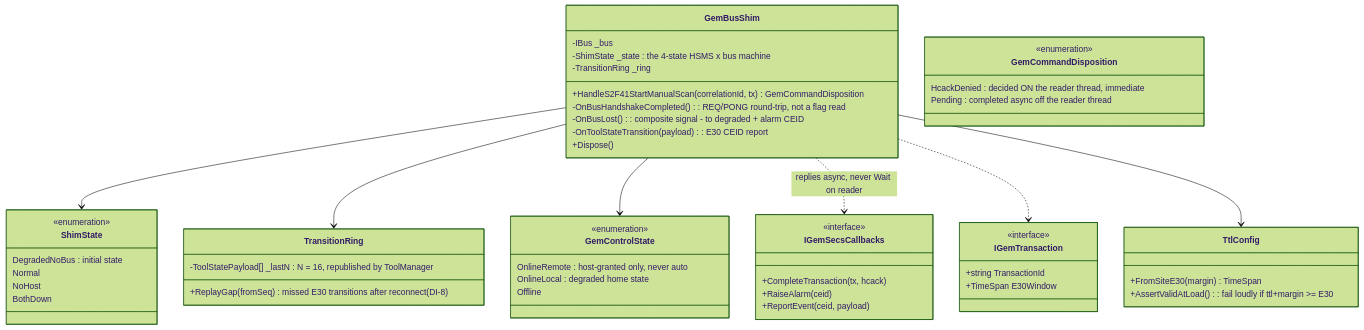
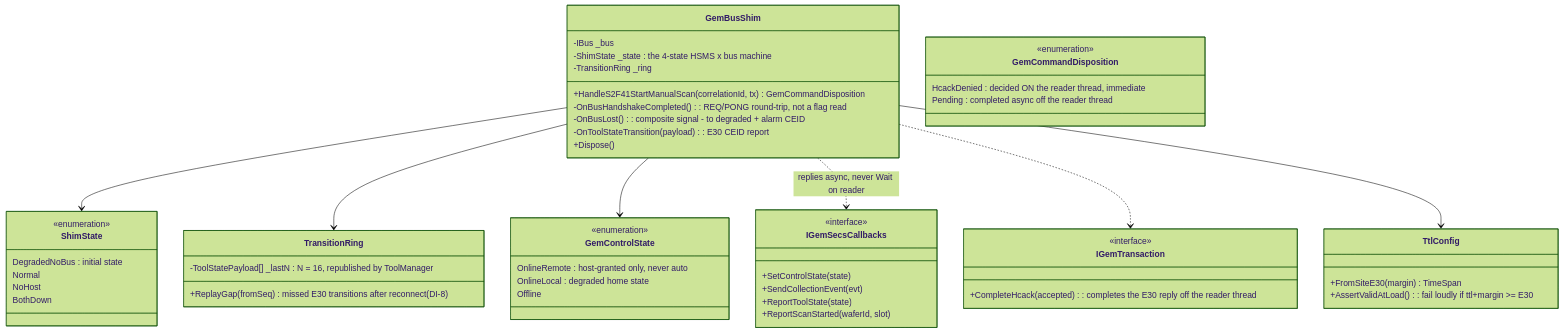
Before and after one commit to amitA-camtek/bus_gateway: diagram 13 of 15 in stage/01-system-architecture.md, drawn with Mermaid (forest theme). The commit also changed other lines of this file and 20 other files, not shown here.

````diff
--- a/stage/01-system-architecture.md
+++ b/stage/01-system-architecture.md
@@ -340,57 +342,57 @@
 ```mermaid
 classDiagram
     class GemBusShim {
         -IBus _bus
         -ShimState _state : the 4-state HSMS x bus machine
         -TransitionRing _ring
         +HandleS2F41StartManualScan(correlationId, tx) GemCommandDisposition
         -OnBusHandshakeCompleted() : REQ/PONG round-trip, not a flag read
         -OnBusLost() : composite signal - to degraded + alarm CEID
         -OnToolStateTransition(payload) : E30 CEID report
         +Dispose()
     }
     class ShimState {
         <<enumeration>>
         DegradedNoBus : initial state
         Normal
         NoHost
         BothDown
     }
     class TransitionRing {
         -ToolStatePayload[] _lastN : N = 16, republished by ToolManager
         +ReplayGap(fromSeq) : missed E30 transitions after reconnect (DI-8)
     }
     class GemCommandDisposition {
         <<enumeration>>
         HcackDenied : decided ON the reader thread, immediate
         Pending : completed async off the reader thread
     }
     class GemControlState {
         <<enumeration>>
         OnlineRemote : host-granted only, never auto
         OnlineLocal : degraded home state
         Offline
     }
     class IGemSecsCallbacks {
         <<interface>>
-        +CompleteTransaction(tx, hcack)
-        +RaiseAlarm(ceid)
-        +ReportEvent(ceid, payload)
+        +SetControlState(state)
+        +SendCollectionEvent(evt)
+        +ReportToolState(state)
+        +ReportScanStarted(waferId, slot)
     }
     class IGemTransaction {
         <<interface>>
-        +string TransactionId
-        +TimeSpan E30Window
+        +CompleteHcack(accepted) : completes the E30 reply off the reader thread
     }
     class TtlConfig {
         +FromSiteE30(margin) TimeSpan
         +AssertValidAtLoad() : fail loudly if ttl+margin >= E30
     }
 
     GemBusShim --> ShimState
     GemBusShim --> TransitionRing
     GemBusShim --> GemControlState
     GemBusShim ..> IGemSecsCallbacks : replies async, never Wait on reader
     GemBusShim ..> IGemTransaction
     GemBusShim --> TtlConfig
 ```
````
